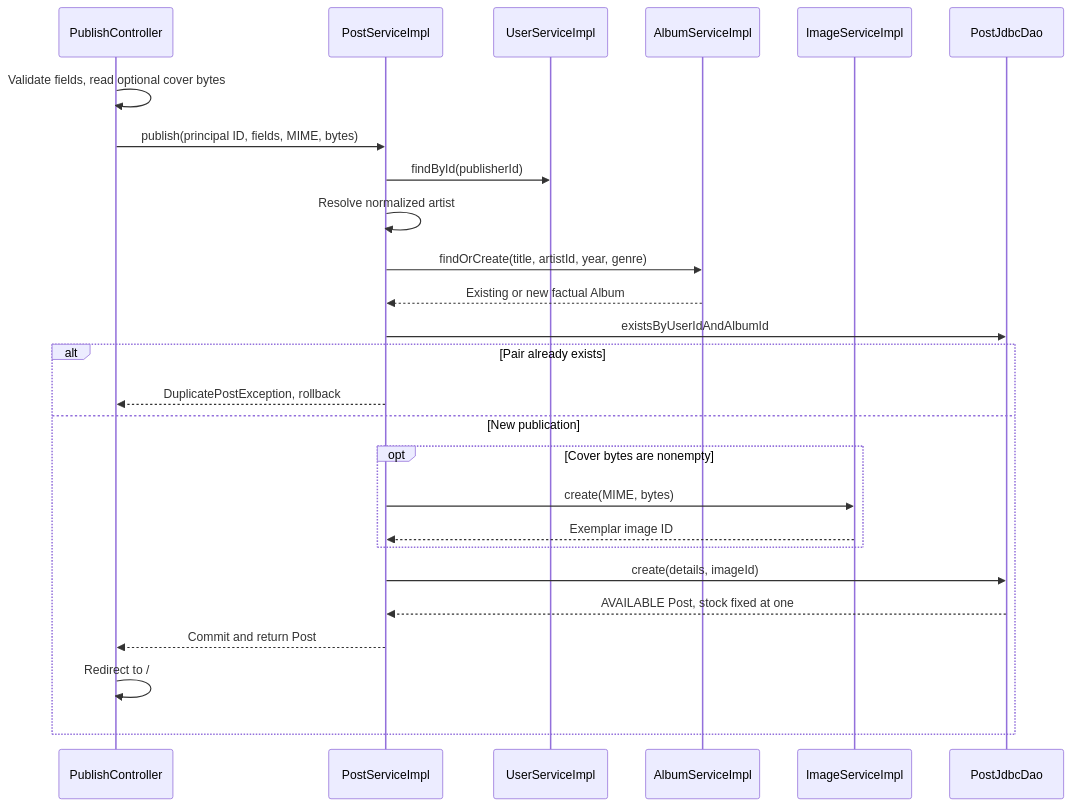
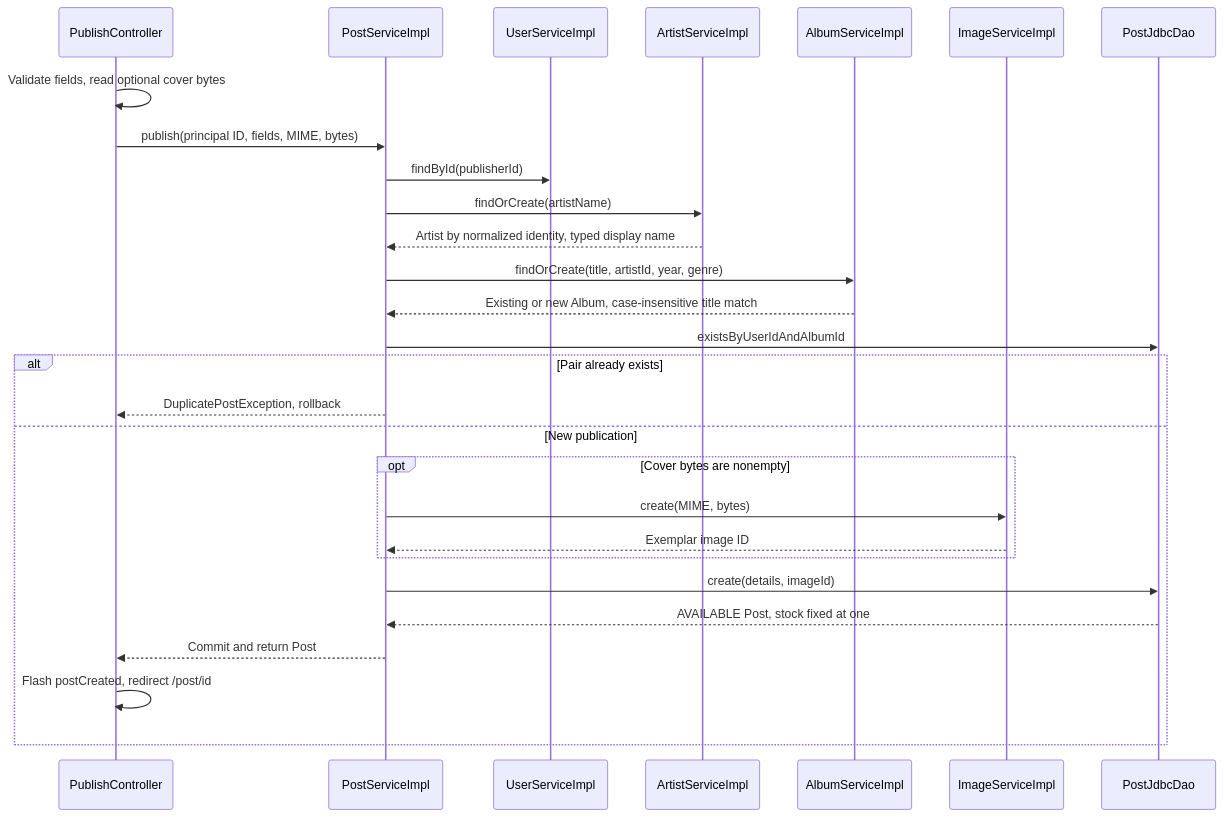
The diagram in Publish flow.md (BautistaPessagno/PAW_Vault), drawn with Mermaid before and after one commit. The commit also changed other lines of this file and 160 other files, not shown here.

````diff
--- a/Publish flow.md
+++ b/Publish flow.md
@@ -21,28 +21,30 @@
 ```mermaid
 sequenceDiagram
     participant C as PublishController
     participant P as PostServiceImpl
     participant U as UserServiceImpl
+    participant R as ArtistServiceImpl
     participant A as AlbumServiceImpl
     participant I as ImageServiceImpl
     participant D as PostJdbcDao
     C->>C: Validate fields, read optional cover bytes
     C->>P: publish(principal ID, fields, MIME, bytes)
     P->>U: findById(publisherId)
-    P->>P: Resolve normalized artist
+    P->>R: findOrCreate(artistName)
+    R-->>P: Artist by normalized identity, typed display name
     P->>A: findOrCreate(title, artistId, year, genre)
-    A-->>P: Existing or new factual Album
+    A-->>P: Existing or new Album, case-insensitive title match
     P->>D: existsByUserIdAndAlbumId
     alt Pair already exists
         P-->>C: DuplicatePostException, rollback
     else New publication
         opt Cover bytes are nonempty
             P->>I: create(MIME, bytes)
             I-->>P: Exemplar image ID
         end
         P->>D: create(details, imageId)
         D-->>P: AVAILABLE Post, stock fixed at one
         P-->>C: Commit and return Post
-        C->>C: Redirect to /
+        C->>C: Flash postCreated, redirect /post/id
     end
 ```
````
